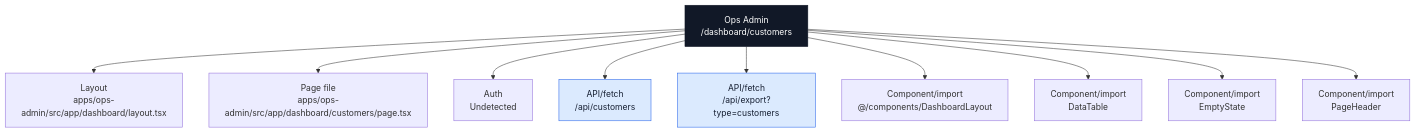
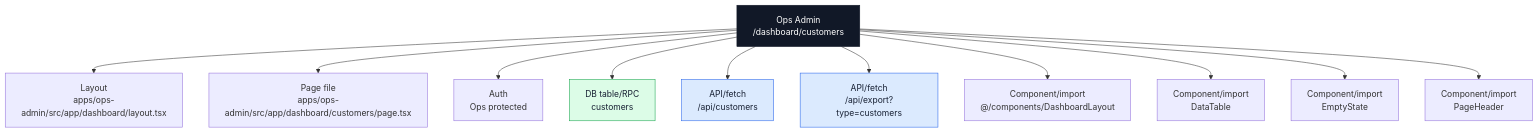
Before and after one commit to Ritenoob/ridendine-marketplace: diagram 11 of 40 in docs/architecture/codebase-map/pages/ops-admin-pages.md, drawn with Mermaid. The commit also changed other lines of this file and 34 other files, not shown here.

````diff
--- a/docs/architecture/codebase-map/pages/ops-admin-pages.md
+++ b/docs/architecture/codebase-map/pages/ops-admin-pages.md
@@ -778,28 +781,31 @@
 ```mermaid
 flowchart TB
   Page["Ops Admin<br/>/dashboard/customers"]
   Layout["Layout<br/>apps/ops-admin/src/app/dashboard/layout.tsx"]
   File["Page file<br/>apps/ops-admin/src/app/dashboard/customers/page.tsx"]
-  Auth["Auth<br/>Undetected"]
+  Auth["Auth<br/>Ops protected"]
   Page --> Layout
   Page --> File
   Page --> Auth
+  Table0["DB table/RPC<br/>customers"]
+  Page --> Table0
   Api0["API/fetch<br/>/api/customers"]
   Page --> Api0
   Api1["API/fetch<br/>/api/export?type=customers"]
   Page --> Api1
   Component0["Component/import<br/>@/components/DashboardLayout"]
   Page --> Component0
   Component1["Component/import<br/>DataTable"]
   Page --> Component1
   Component2["Component/import<br/>EmptyState"]
   Page --> Component2
   Component3["Component/import<br/>PageHeader"]
   Page --> Component3
   classDef page fill:#111827,stroke:#111827,color:#ffffff
   classDef data fill:#dcfce7,stroke:#16a34a,color:#172033
   classDef api fill:#dbeafe,stroke:#2563eb,color:#172033
   classDef warn fill:#fef3c7,stroke:#f59e0b,color:#172033
   class Page page
+  class Table0 data
   class Api0,Api1 api
 ```
````
